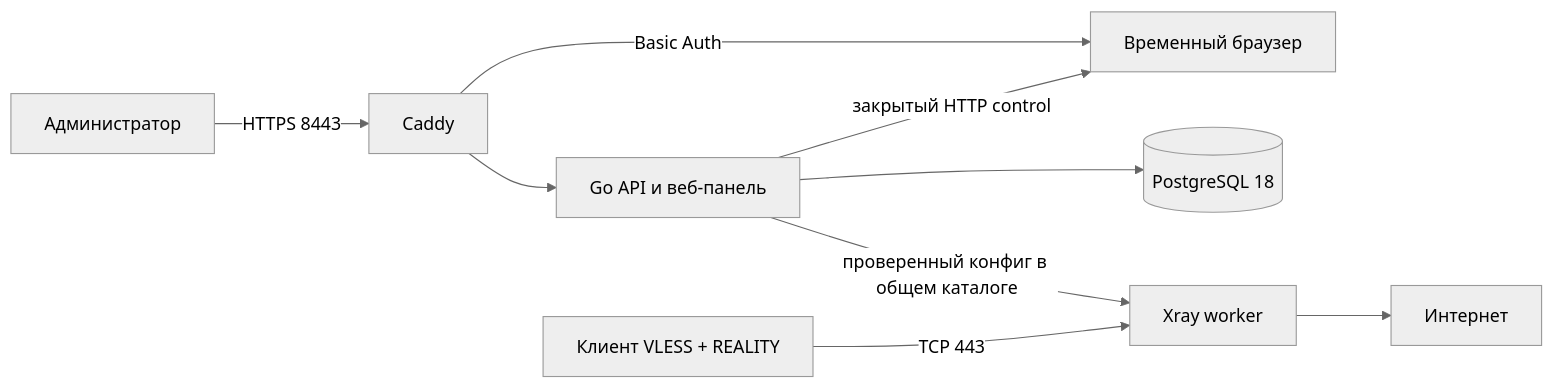
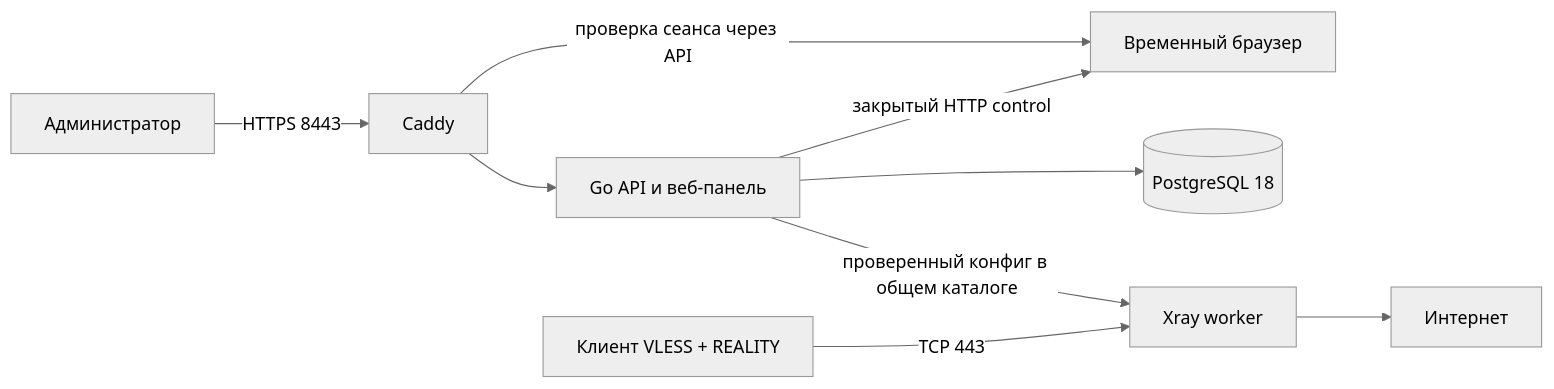
The diagram in docs/architecture.md (rvburov/private-gateway), drawn with Mermaid (neutral theme) before and after one commit. The commit also changed other lines of this file and 18 other files, not shown here.

````diff
--- a/docs/architecture.md
+++ b/docs/architecture.md
@@ -5,11 +5,11 @@
 ```mermaid
 flowchart LR
     Admin[Администратор] -->|HTTPS 8443| Caddy
     Caddy --> API[Go API и веб-панель]
-    Caddy -->|Basic Auth| Browser[Временный браузер]
+    Caddy -->|проверка сеанса через API| Browser[Временный браузер]
     API --> DB[(PostgreSQL 18)]
     API -->|проверенный конфиг в общем каталоге| Xray[Xray worker]
     API -->|закрытый HTTP control| Browser
     Client["Клиент VLESS + REALITY"] -->|TCP 443| Xray
     Xray --> Internet[Интернет]
 ```
````
